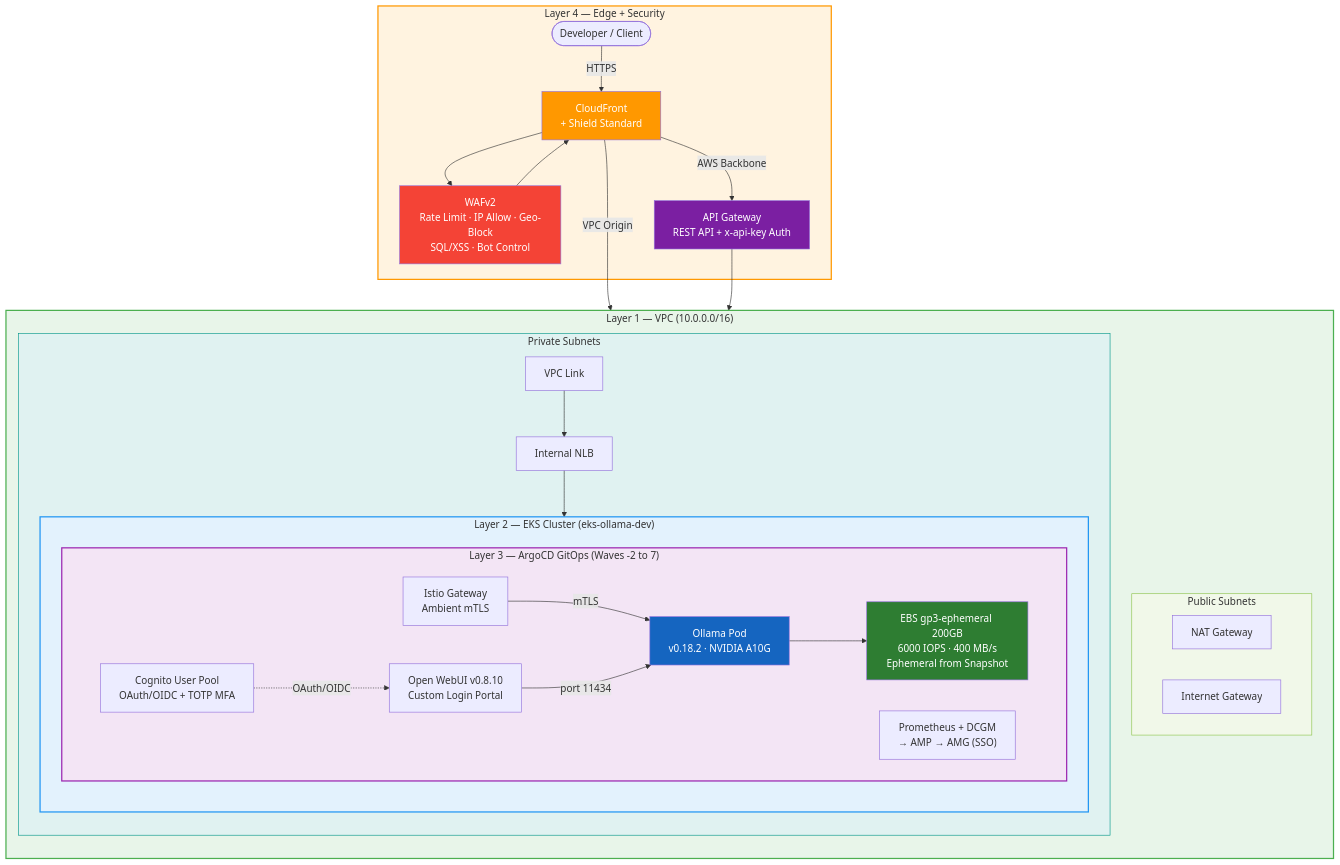
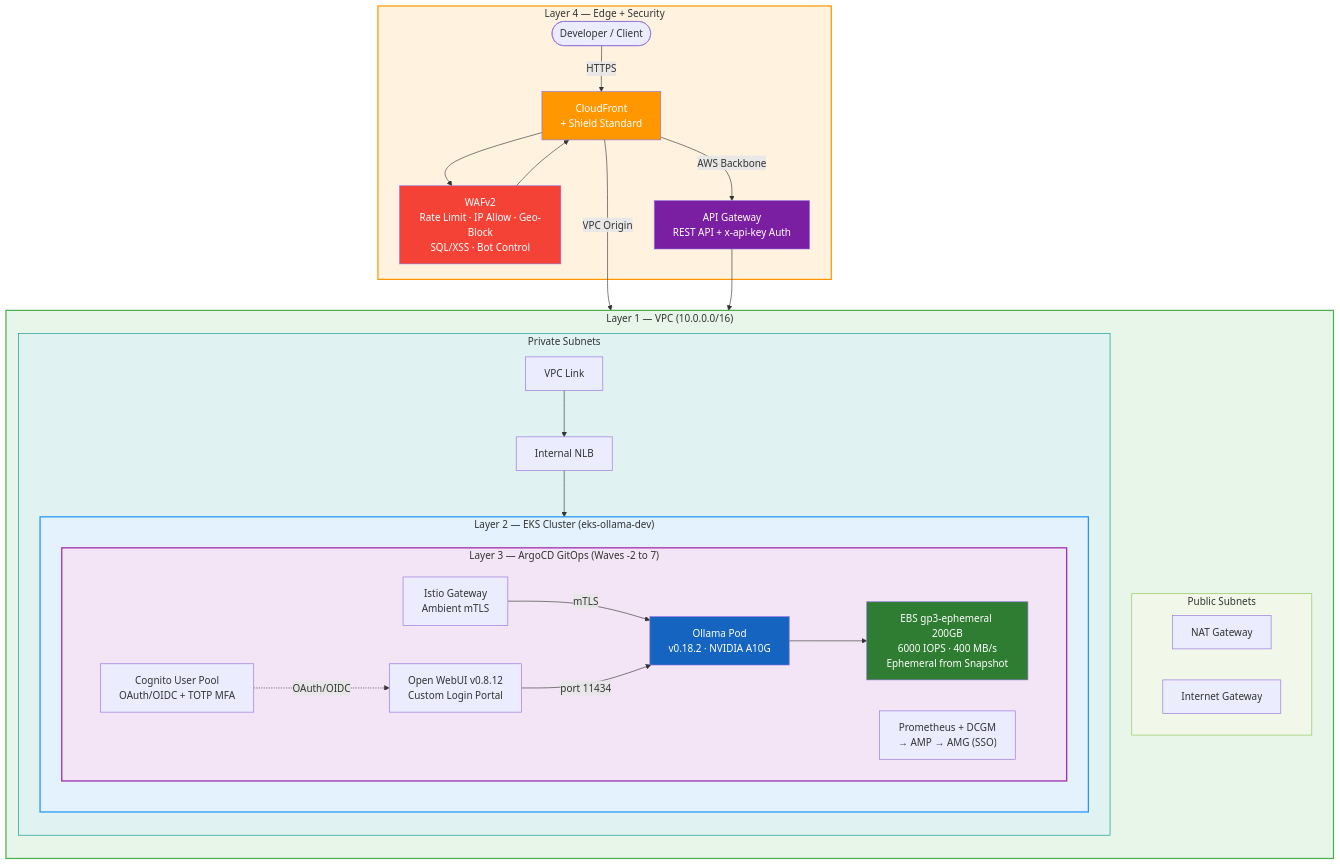
The first of 7 diagrams in README.md (shanaka-versent/Ollama-on-EKS), drawn with Mermaid before and after one commit. The commit also changed other lines of this file and 1 other file, not shown here.

First line of the commit message:
docs: add GPU pod & storage lifecycle diagram to README

````diff
--- a/README.md
+++ b/README.md
@@ -11,60 +11,60 @@
 ```mermaid
 flowchart TB
     subgraph L4["Layer 4 — Edge + Security"]
         Client([Developer / Client])
         CF["CloudFront\n+ Shield Standard"]
         WAF["WAFv2\nRate Limit · IP Allow · Geo-Block\nSQL/XSS · Bot Control"]
         APIGW["API Gateway\nREST API + x-api-key Auth"]
     end
 
     subgraph L1["Layer 1 — VPC (10.0.0.0/16)"]
         direction TB
         subgraph pub["Public Subnets"]
             NAT["NAT Gateway"]
             IGW["Internet Gateway"]
         end
 
         subgraph priv["Private Subnets"]
             VPCL["VPC Link"]
             NLB["Internal NLB"]
 
             subgraph L2["Layer 2 — EKS Cluster (eks-ollama-dev)"]
                 direction TB
                 subgraph L3["Layer 3 — ArgoCD GitOps (Waves -2 to 7)"]
                     direction LR
                     ISTIO["Istio Gateway\nAmbient mTLS"]
                     OLLAMA["Ollama Pod\nv0.18.2 · NVIDIA A10G"]
                     EBS["EBS gp3-ephemeral 200GB\n6000 IOPS · 400 MB/s\nEphemeral from Snapshot"]
-                    WEBUI["Open WebUI v0.8.10\nCustom Login Portal"]
+                    WEBUI["Open WebUI v0.8.12\nCustom Login Portal"]
                     COG["Cognito User Pool\nOAuth/OIDC + TOTP MFA"]
                     MON["Prometheus + DCGM\n→ AMP → AMG (SSO)"]
                 end
             end
         end
     end
 
     Client -->|HTTPS| CF
     CF --> WAF
     WAF --> CF
     CF -->|VPC Origin| NLB
     CF -->|AWS Backbone| APIGW
     APIGW --> VPCL
     VPCL --> NLB
     NLB --> ISTIO
     ISTIO -->|mTLS| OLLAMA
     OLLAMA --> EBS
     WEBUI -->|port 11434| OLLAMA
     COG -.->|OAuth/OIDC| WEBUI
 
     style L4 fill:#fff3e0,stroke:#ff9800,stroke-width:2px
     style L1 fill:#e8f5e9,stroke:#4caf50,stroke-width:2px
     style L2 fill:#e3f2fd,stroke:#2196f3,stroke-width:2px
     style L3 fill:#f3e5f5,stroke:#9c27b0,stroke-width:2px
     style pub fill:#f1f8e9,stroke:#8bc34a
     style priv fill:#e0f2f1,stroke:#009688
     style CF fill:#ff9800,color:#fff
     style WAF fill:#f44336,color:#fff
     style APIGW fill:#7b1fa2,color:#fff
     style OLLAMA fill:#1565c0,color:#fff
     style EBS fill:#2e7d32,color:#fff
 ```
````
